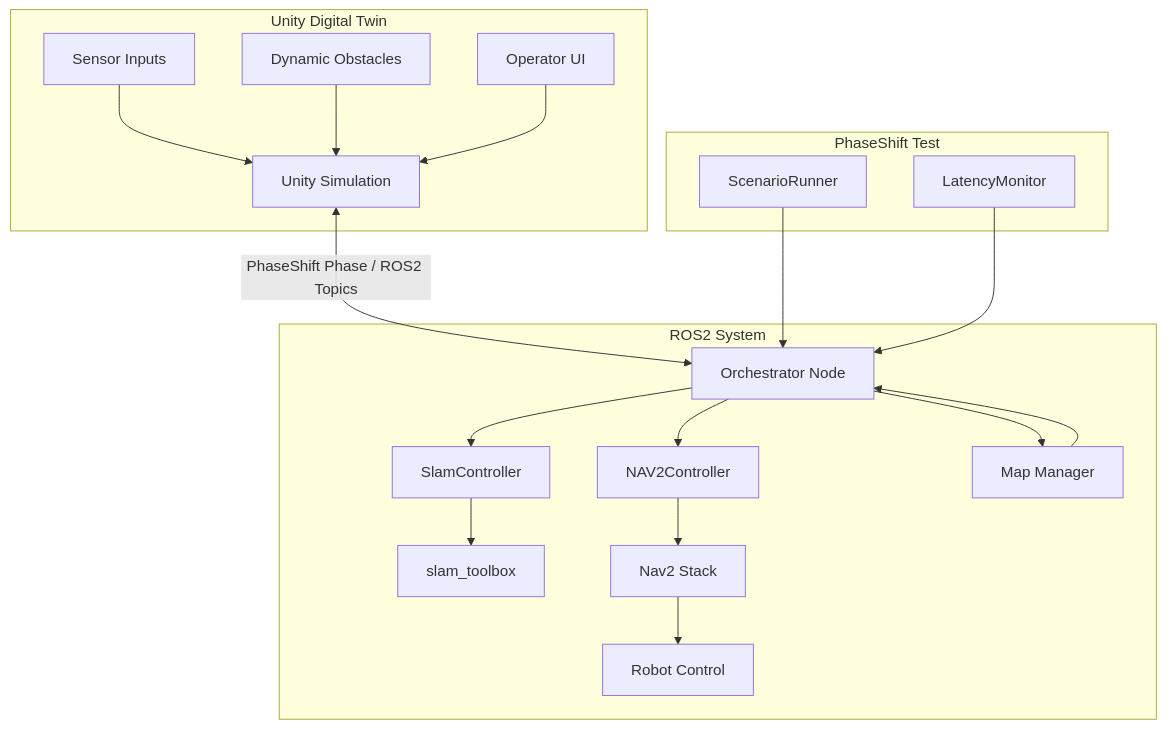
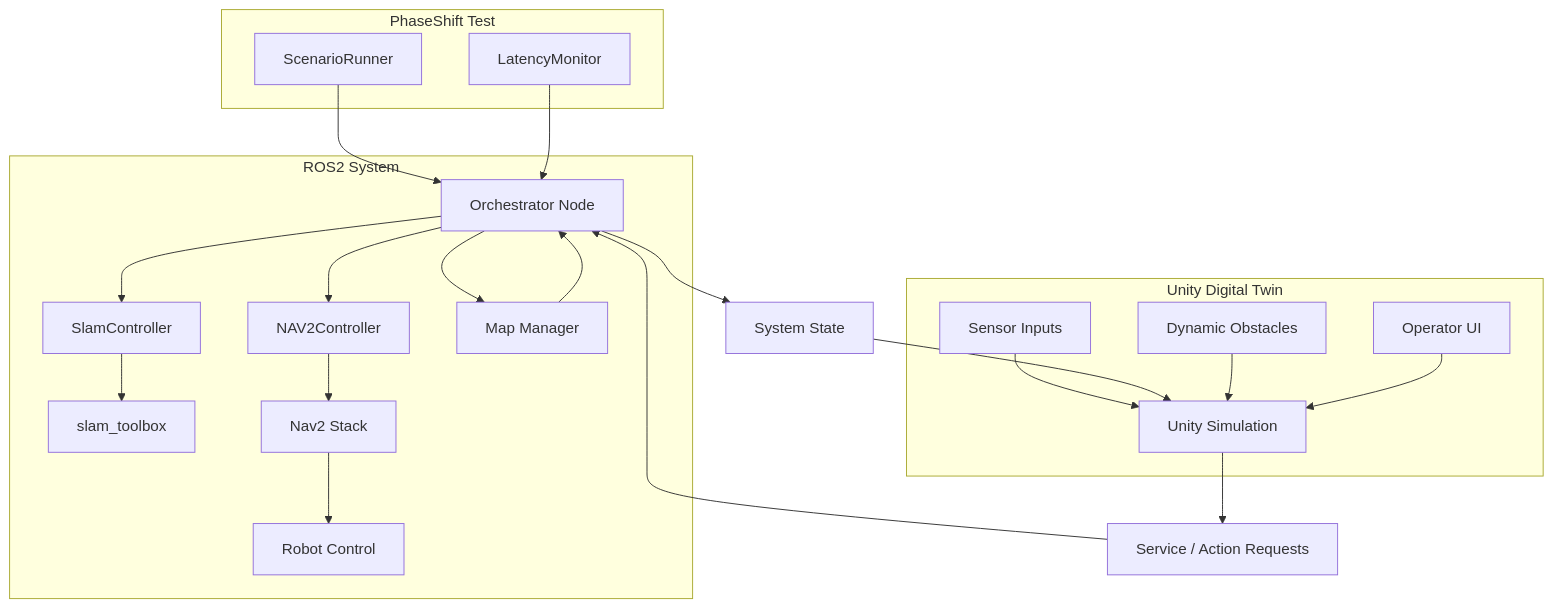
Before and after one commit to ehp1212/PhaseShift-Digital-Twin: the diagram in README.md, drawn with Mermaid. The commit also changed other lines of this file and 1 other file, not shown here.

````diff
--- a/README.md
+++ b/README.md
@@ -19,48 +77,52 @@
 ```mermaid
 graph TD
 
 subgraph PhaseShift Test
     SCENARIO[ScenarioRunner]
     LATENCY[LatencyMonitor]
 end
 
 subgraph ROS2 System
     ORCH[Orchestrator Node]
 
     SLAM_C[SlamController]
     NAV2_C[NAV2Controller]
     MAP_M[Map Manager]
 
     SLAM[slam_toolbox]
     NAV[Nav2 Stack]
 
     CONTROL[Robot Control]
 
     ORCH --> SLAM_C
     ORCH --> NAV2_C
     ORCH --> MAP_M
     MAP_M --> ORCH
 
     SLAM_C --> SLAM
     NAV2_C --> NAV
 
     NAV --> CONTROL
 end
 
 subgraph Unity Digital Twin
     UNITY[Unity Simulation]
     UI[Operator UI]
     OBST[Dynamic Obstacles]
     
     SENSOR[Sensor Inputs]
     SENSOR --> UNITY
 end
 
-UNITY <-->|PhaseShift Phase / ROS2 Topics| ORCH
+ORCH --> STATE[System State]
+STATE --> UNITY
+
+UNITY --> CMD[Service / Action Requests]
+CMD --> ORCH
+
 OBST --> UNITY
 UI --> UNITY
 
 SCENARIO --> ORCH
 LATENCY --> ORCH
-
 ```
````
